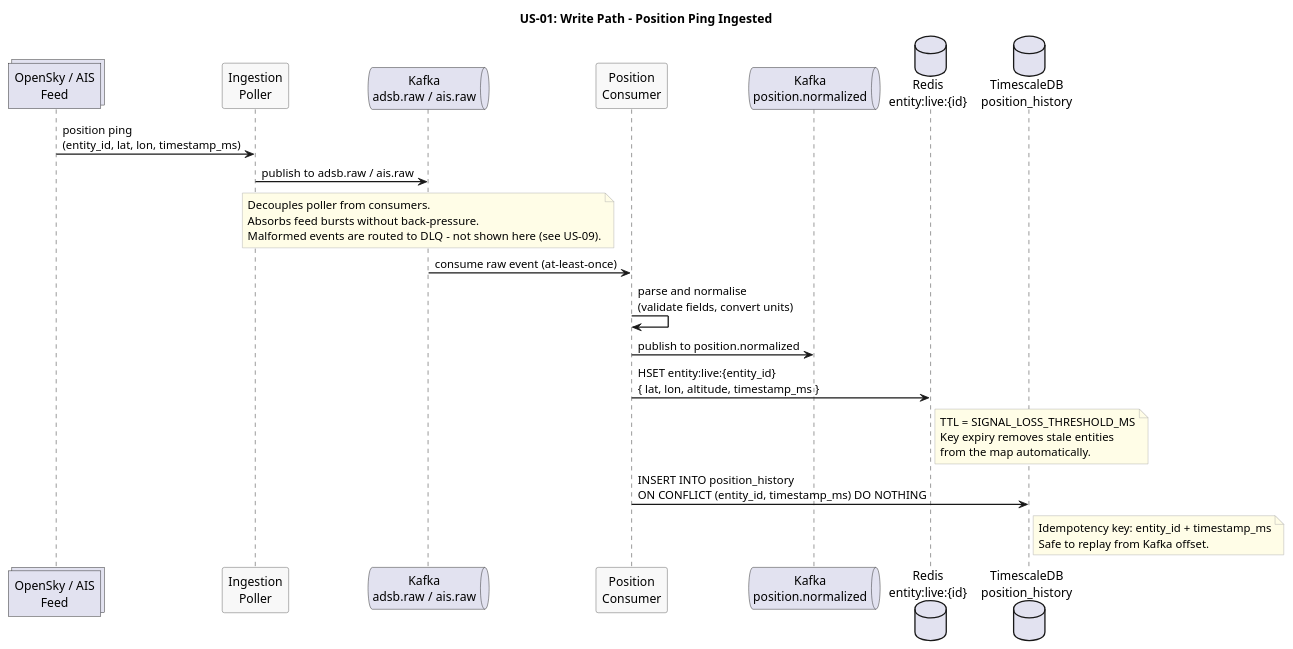
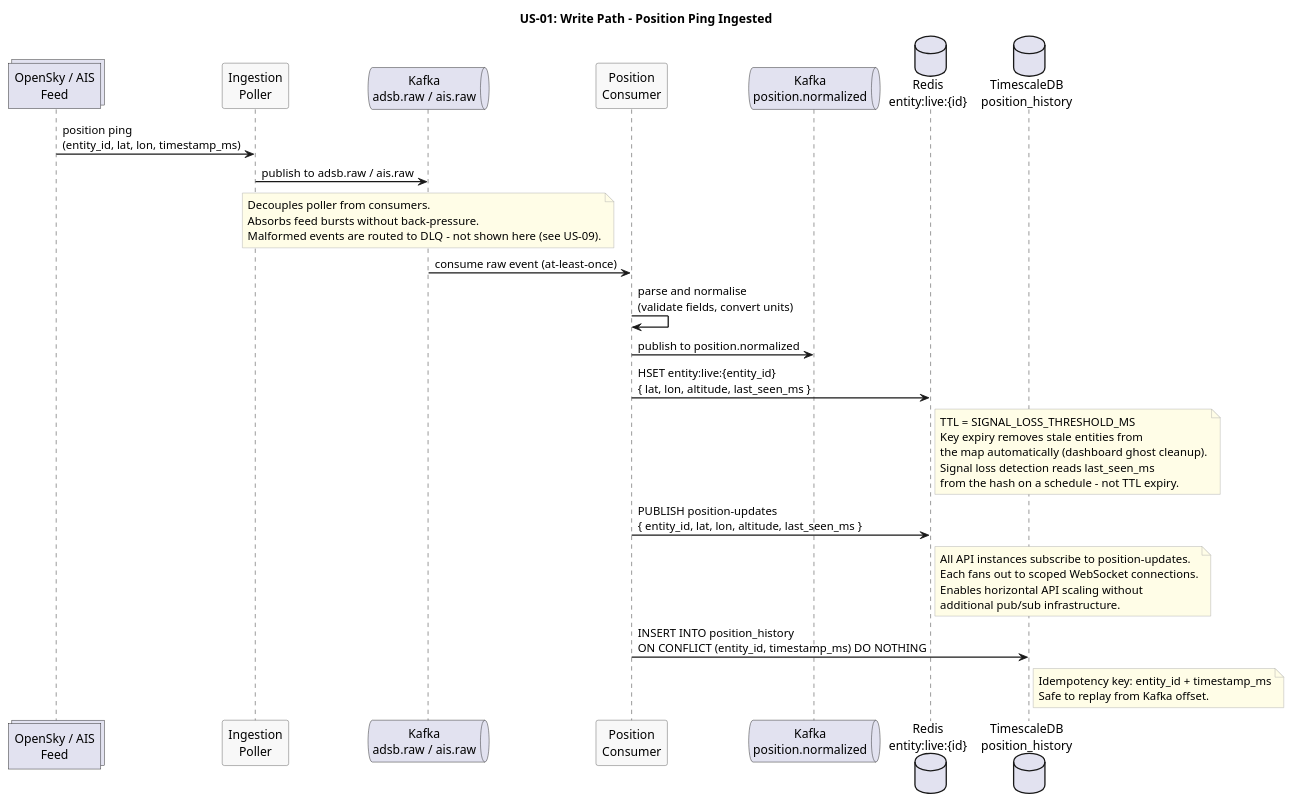
The diagram in docs/use-cases/US-01-live-entity-tracking/write-path.puml (Buffden/sentinel), drawn with PlantUML before and after one commit. The commit also changed 7 other files, not shown here.

First line of the commit message:
docs: replace timestamp_ms with last_seen_ms in Redis hash contexts across flow diagrams

```diff
--- a/docs/use-cases/US-01-live-entity-tracking/write-path.puml
+++ b/docs/use-cases/US-01-live-entity-tracking/write-path.puml
@@ -1,46 +1,57 @@
 @startuml write-path
 title US-01: Write Path - Position Ping Ingested
 
 skinparam sequenceArrowThickness 1.5
 skinparam participantBorderColor #555555
 skinparam participantBackgroundColor #F8F8F8
 skinparam noteBorderColor #AAAAAA
 skinparam noteBackgroundColor #FFFDE7
 
 collections "OpenSky / AIS\nFeed" as Feed
 participant "Ingestion\nPoller" as Poller
 queue "Kafka\nadsb.raw / ais.raw" as KafkaRaw
 participant "Position\nConsumer" as Consumer
 queue "Kafka\nposition.normalized" as KafkaNorm
 database "Redis\nentity:live:{id}" as Redis
 database "TimescaleDB\nposition_history" as TSDB
 
 Feed -> Poller : position ping\n(entity_id, lat, lon, timestamp_ms)
 Poller -> KafkaRaw : publish to adsb.raw / ais.raw
 
 note over KafkaRaw
   Decouples poller from consumers.
   Absorbs feed bursts without back-pressure.
   Malformed events are routed to DLQ - not shown here (see US-09).
 end note
 
 KafkaRaw -> Consumer : consume raw event (at-least-once)
 Consumer -> Consumer : parse and normalise\n(validate fields, convert units)
 Consumer -> KafkaNorm : publish to position.normalized
 
-Consumer -> Redis : HSET entity:live:{entity_id}\n{ lat, lon, altitude, timestamp_ms }
+Consumer -> Redis : HSET entity:live:{entity_id}\n{ lat, lon, altitude, last_seen_ms }
 
 note right of Redis
   TTL = SIGNAL_LOSS_THRESHOLD_MS
-  Key expiry removes stale entities
-  from the map automatically.
+  Key expiry removes stale entities from
+  the map automatically (dashboard ghost cleanup).
+  Signal loss detection reads last_seen_ms
+  from the hash on a schedule - not TTL expiry.
+end note
+
+Consumer -> Redis : PUBLISH position-updates\n{ entity_id, lat, lon, altitude, last_seen_ms }
+
+note right of Redis
+  All API instances subscribe to position-updates.
+  Each fans out to scoped WebSocket connections.
+  Enables horizontal API scaling without
+  additional pub/sub infrastructure.
 end note
 
 Consumer -> TSDB : INSERT INTO position_history\nON CONFLICT (entity_id, timestamp_ms) DO NOTHING
 
 note right of TSDB
   Idempotency key: entity_id + timestamp_ms
   Safe to replay from Kafka offset.
 end note
 
 @enduml
```
